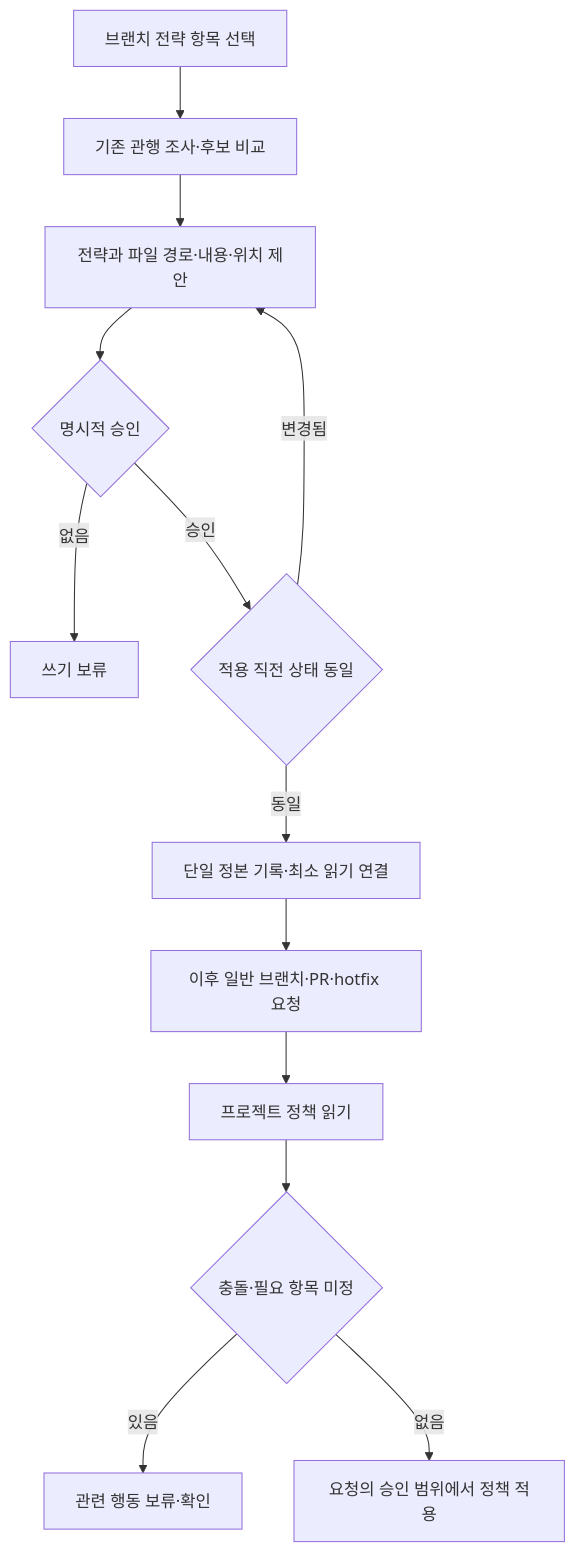
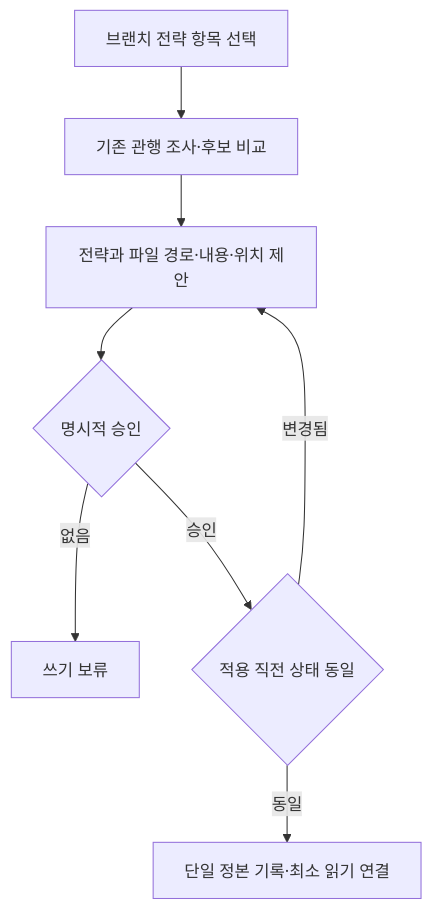
One commit to insung/git-workflow changed the diagram in skills/workflow-init/references/branch-policy.md. Above: the diagram before and after it, drawn with Mermaid. The commit also changed other lines of this file and 58 other files, not shown here.

````diff
--- a/skills/workflow-init/references/branch-policy.md
+++ b/skills/workflow-init/references/branch-policy.md
@@ -7,15 +7,10 @@
 ```mermaid
 flowchart TD
     A[브랜치 전략 항목 선택] --> B[기존 관행 조사·후보 비교]
     B --> C[전략과 파일 경로·내용·위치 제안]
     C --> D{명시적 승인}
     D -->|없음| E[쓰기 보류]
     D -->|승인| F{적용 직전 상태 동일}
     F -->|변경됨| C
     F -->|동일| G[단일 정본 기록·최소 읽기 연결]
-    G --> H[이후 일반 브랜치·PR·hotfix 요청]
-    H --> I[프로젝트 정책 읽기]
-    I --> J{충돌·필요 항목 미정}
-    J -->|있음| K[관련 행동 보류·확인]
-    J -->|없음| L[요청의 승인 범위에서 정책 적용]
 ```
````
